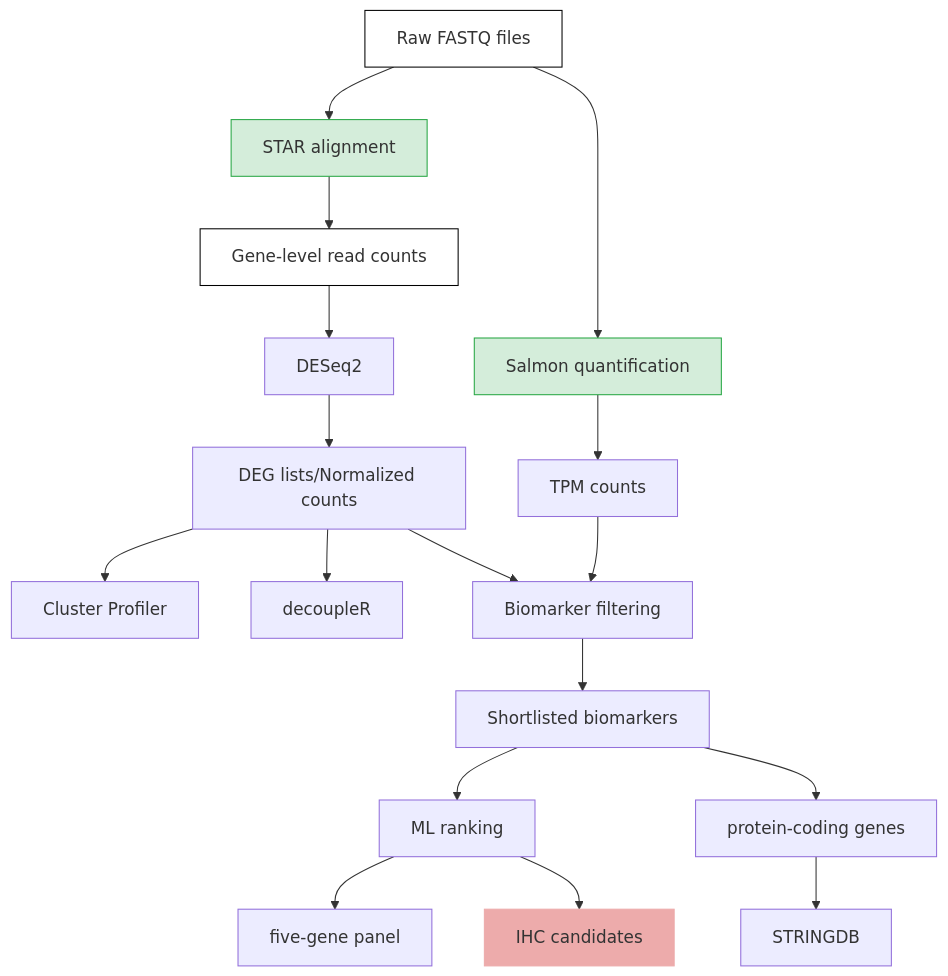
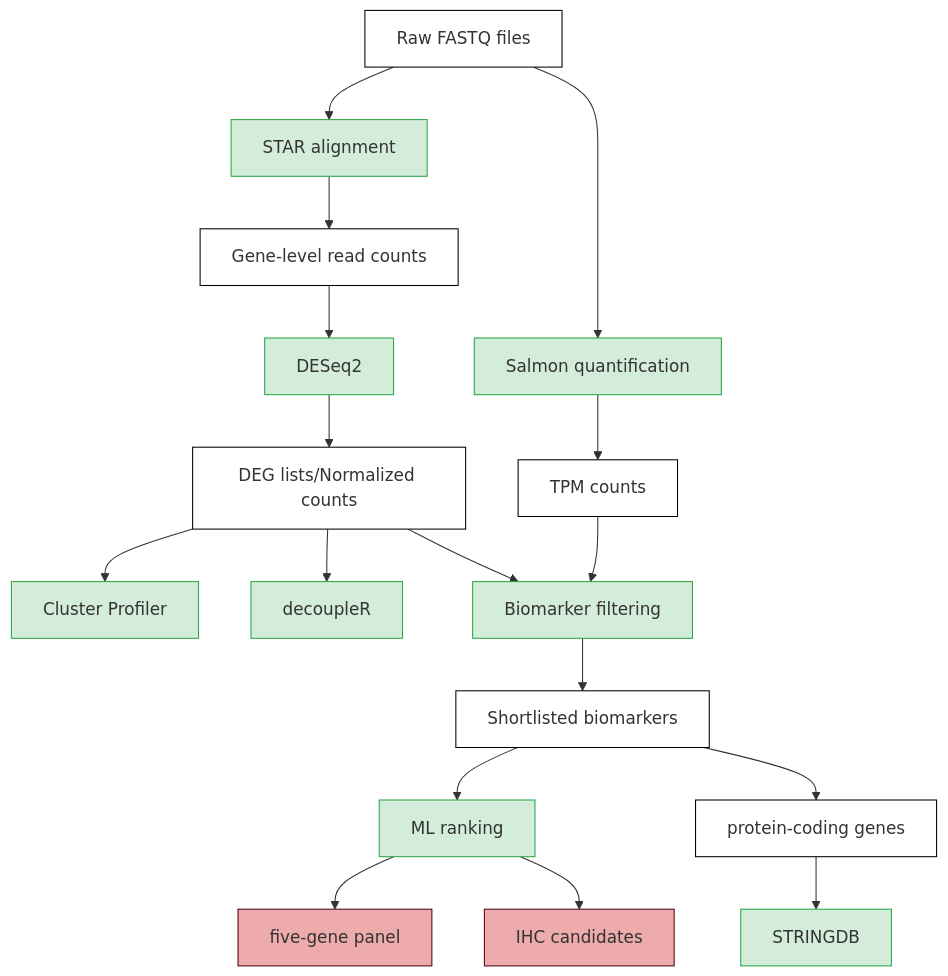
One commit to tudumanne/BulkRNAseq_Barretts changed the diagram in README.md. Above: the diagram before and after it, drawn with Mermaid.

Commit message:
Updated main workflow diagram

````diff
--- a/README.md
+++ b/README.md
@@ -15,24 +15,24 @@
 ``` mermaid
 graph TD; 
     classDef method fill:#d4edda,stroke:#28a745;
     classDef input fill:#ffffff,stroke:#000000;
     classDef output1 fill:#ffffff,stroke:#000000;
-    classDef output2 fill:#edabab,stroke:#edabab;
+    classDef output2 fill:#edabab,stroke:#520612;
     
     A[Raw FASTQ files]:::input-->B[STAR alignment]:::method;
     A-->C[Salmon quantification]:::method;
     B-->D[Gene-level read counts]:::output1;
-    D-->E[DESeq2];
-    E-->F[DEG lists/Normalized counts];
-    F-->G[Cluster Profiler];
-    F-->H[decoupleR]; 
-    C-->I[TPM counts];
-    F-->J[Biomarker filtering];
+    D-->E[DESeq2]:::method;
+    E-->F[DEG lists/Normalized counts]:::output1;
+    F-->G[Cluster Profiler]:::method;
+    F-->H[decoupleR]:::method; 
+    C-->I[TPM counts]:::output1;
+    F-->J[Biomarker filtering]:::method;
     I-->J;
-    J-->K[Shortlisted biomarkers]
-    K-->L[ML ranking];
-    K-->M[protein-coding genes]
-    M-->N[STRINGDB];
-    L-->O[five-gene panel];
+    J-->K[Shortlisted biomarkers]:::output1;
+    K-->L[ML ranking]:::method;
+    K-->M[protein-coding genes]:::output1;
+    M-->N[STRINGDB]:::method;
+    L-->O[five-gene panel]:::output2;
     L-->P[IHC candidates]:::output2;
 ```
````
